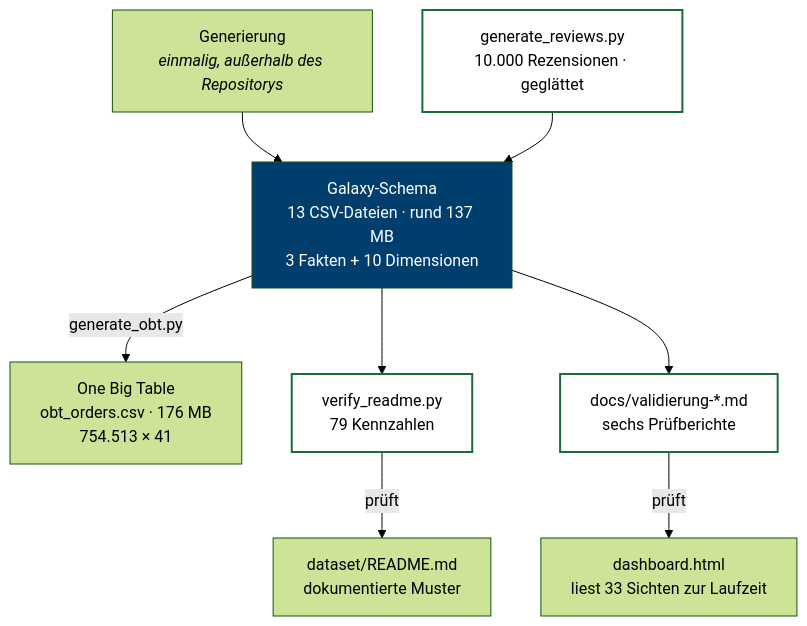
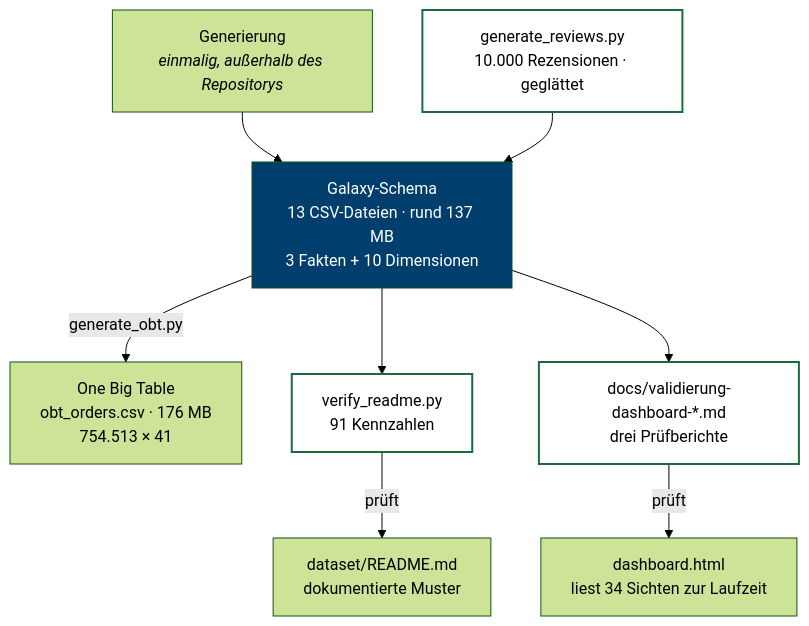
Before and after one commit to swrobuts/BurgerMetrics: the diagram in docs/03-etl.md, drawn with Mermaid (forest theme). The commit also changed 10 other files, not shown here.

````diff
--- a/docs/03-etl.md
+++ b/docs/03-etl.md
@@ -11,24 +11,24 @@
 ```mermaid
 graph TB
     GEN["Generierung<br/><i>einmalig, außerhalb des Repositorys</i>"]
     REV["generate_reviews.py<br/>10.000 Rezensionen · geglättet"]
     STAR["Galaxy-Schema<br/>13 CSV-Dateien · rund 137 MB<br/>3 Fakten + 10 Dimensionen"]
     OBT["One Big Table<br/>obt_orders.csv · 176 MB<br/>754.513 × 41"]
-    VER["verify_readme.py<br/>79 Kennzahlen"]
+    VER["verify_readme.py<br/>91 Kennzahlen"]
     DOC["dataset/README.md<br/>dokumentierte Muster"]
-    DASH["dashboard.html<br/>liest 33 Sichten zur Laufzeit"]
-    VAL["docs/validierung-*.md<br/>sechs Prüfberichte"]
+    DASH["dashboard.html<br/>liest 34 Sichten zur Laufzeit"]
+    VAL["docs/validierung-dashboard-*.md<br/>drei Prüfberichte"]
 
     GEN --> STAR
     REV --> STAR
     STAR -->|generate_obt.py| OBT
     STAR --> VER
     VER -->|prüft| DOC
     STAR --> VAL
     VAL -->|prüft| DASH
 
     style STAR fill:#003E6D,color:#fff
     style VER fill:#fff,stroke:#1B6B3C,stroke-width:2px
     style REV fill:#fff,stroke:#1B6B3C,stroke-width:2px
     style VAL fill:#fff,stroke:#1B6B3C,stroke-width:2px
 ```
````
